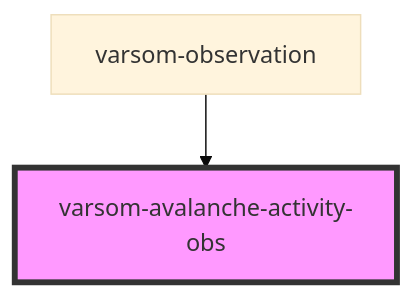
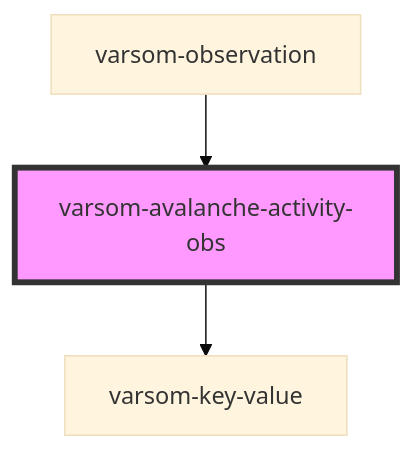
Before and after one commit to NVE/varsom-observation: the diagram in observasjonskort/src/components/varsom-avalanche-activity-obs/readme.md, drawn with Mermaid (base theme). The commit also changed other lines of this file and 10 other files, not shown here.

````diff
--- a/observasjonskort/src/components/varsom-avalanche-activity-obs/readme.md
+++ b/observasjonskort/src/components/varsom-avalanche-activity-obs/readme.md
@@ -41,5 +45,6 @@
 ```mermaid
 graph TD;
+  varsom-avalanche-activity-obs --> varsom-key-value
   varsom-observation --> varsom-avalanche-activity-obs
   style varsom-avalanche-activity-obs fill:#f9f,stroke:#333,stroke-width:4px
 ```
````
